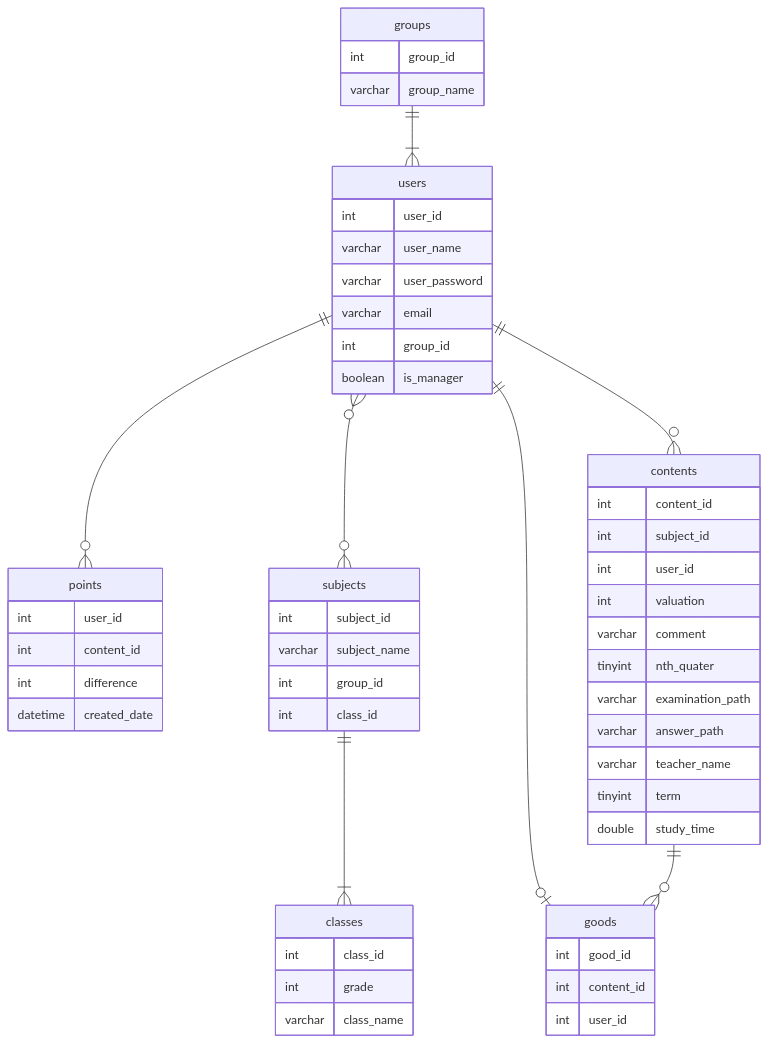
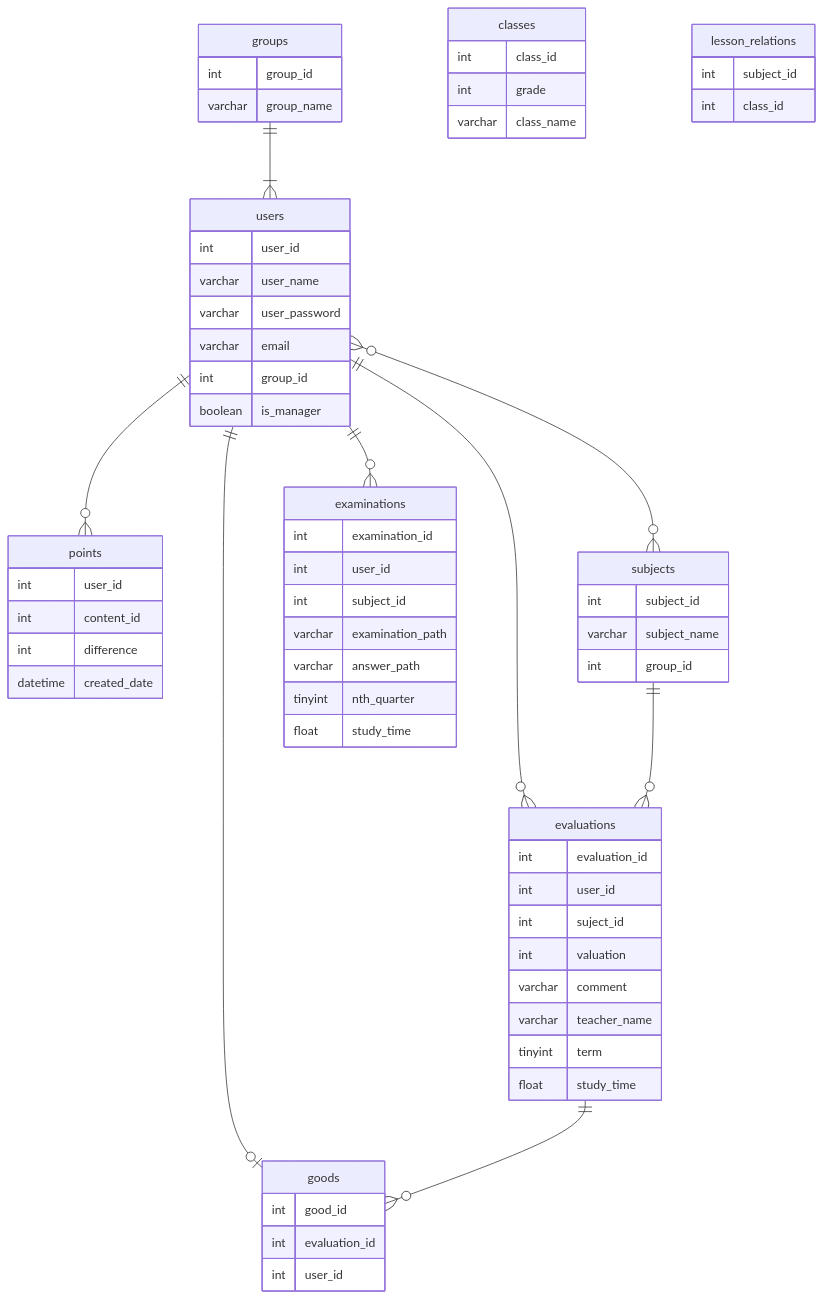
One commit to kinoshita0923/manabiba_backend changed the diagram in docs/ER.md. Above: the diagram before and after it, drawn with Mermaid.

Commit message:
🐛 ER図の修正

````diff
--- a/docs/ER.md
+++ b/docs/ER.md
@@ -1,64 +1,76 @@
 ```mermaid
 erDiagram
     groups {
         int group_id
         varchar group_name
     }
 
     users {
         int user_id
         varchar user_name
         varchar user_password
         varchar email
         int group_id
         boolean is_manager
     }
 
     classes {
         int class_id
         int grade
         varchar class_name
     }
 
     points {
         int user_id
         int content_id
         int difference
         datetime created_date
     }
 
     subjects {
         int subject_id
         varchar subject_name
         int group_id
-        int class_id
     }
 
-    contents {
-        int content_id
-        int subject_id
+    evaluations {
+        int evaluation_id
         int user_id
+        int suject_id
         int valuation
         varchar comment
-        tinyint nth_quater
+        varchar teacher_name
+        tinyint term
+        float study_time
+    }
+
+    examinations {
+        int examination_id
+        int user_id
+        int subject_id
         varchar examination_path
         varchar answer_path
-        varchar teacher_name
-        tinyint term
-        double study_time
+        tinyint nth_quarter
+        float study_time
+    }
+
+    lesson_relations {
+        int subject_id
+        int class_id
     }
 
     goods {
         int good_id
-        int content_id
+        int evaluation_id
         int user_id
     }
 
     groups||--|{users: ""
     users||--o{points: ""
     users}o--o{subjects: ""
-    users||--o{contents: ""
+    users||--o{evaluations: ""
+    users||--o{examinations: ""
     users||--o|goods: ""
-    contents||--o{goods: ""
-    subjects||--|{classes: ""
+    subjects||--o{evaluations: ""
+    evaluations||--o{goods: ""
 ```
````
